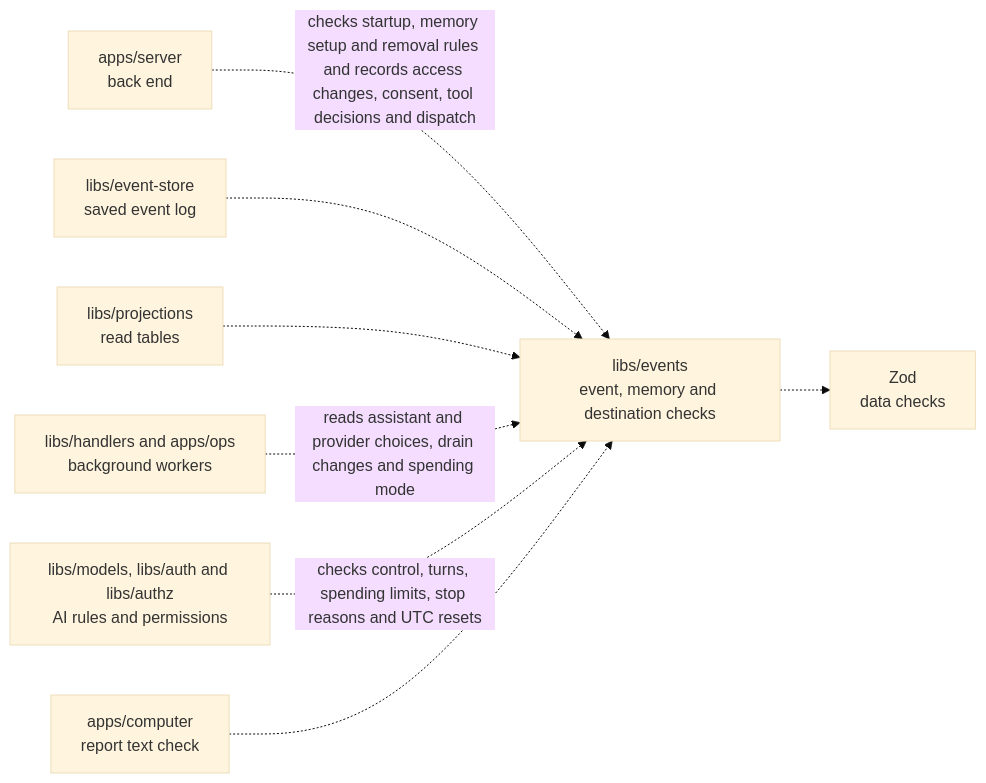
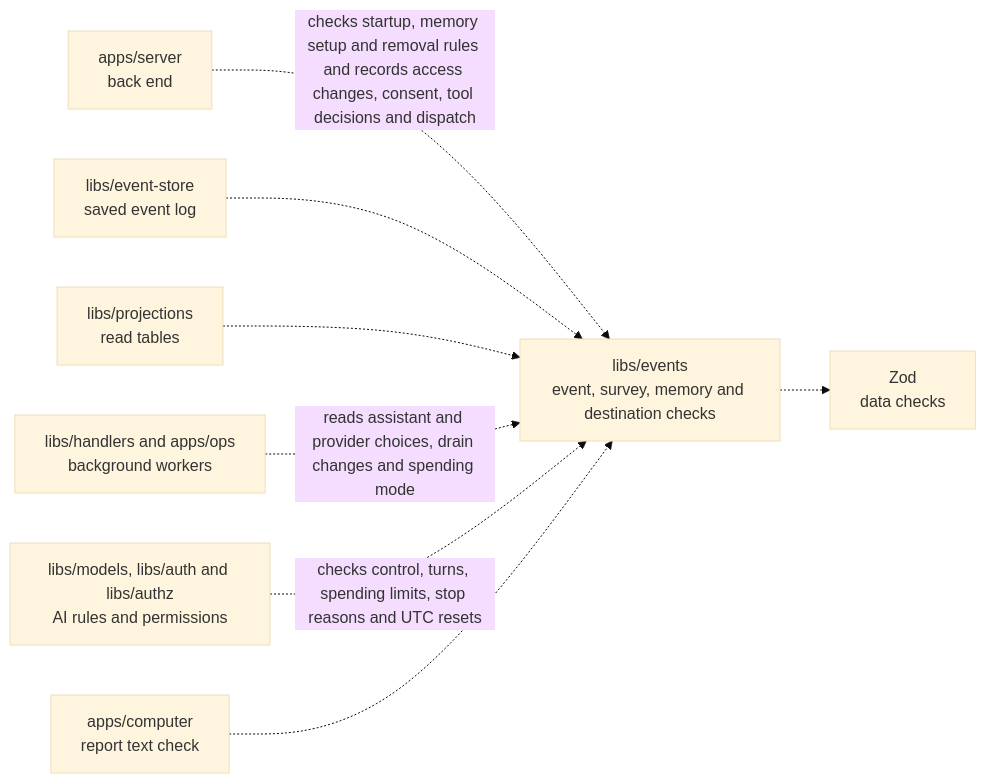
The diagram in libs/events/README.md (elewa-git/opencrane-new), drawn with Mermaid (base theme) before and after one commit. The commit also changed other lines of this file and 23 other files, not shown here.

````diff
--- a/libs/events/README.md
+++ b/libs/events/README.md
@@ -23,10 +23,10 @@
 ```mermaid
 flowchart LR
-  server["apps/server<br/>back end"] -.->|checks startup, memory setup and removal rules and records access changes, consent, tool decisions and dispatch| events["libs/events<br/>event, memory and destination checks"]
+  server["apps/server<br/>back end"] -.->|checks startup, memory setup and removal rules and records access changes, consent, tool decisions and dispatch| events["libs/events<br/>event, survey, memory and destination checks"]
   store["libs/event-store<br/>saved event log"] -.-> events
   projections["libs/projections<br/>read tables"] -.-> events
   workers["libs/handlers and apps/ops<br/>background workers"] -.->|reads assistant and provider choices, drain changes and spending mode| events
   others["libs/models, libs/auth and libs/authz<br/>AI rules and permissions"] -.->|checks control, turns, spending limits, stop reasons and UTC resets| events
   computer["apps/computer<br/>report text check"] -.-> events
   events -.-> zod["Zod<br/>data checks"]
 ```
````
